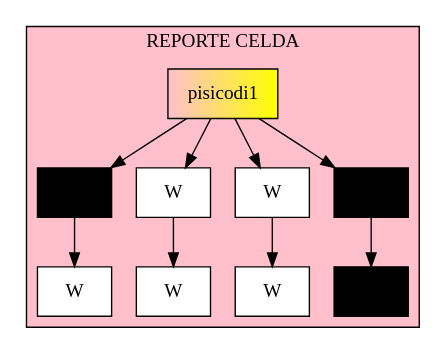
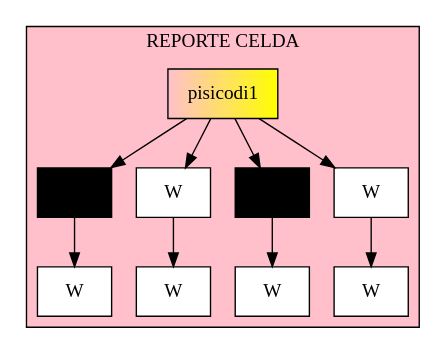
One commit to NatalyDuarte/IPC2_Proyecto1_202001570 changed the diagram in graficapatron.dot. Above: the diagram before and after it, drawn with Graphviz. The commit also changed 13 other files, not shown here.

```diff
--- a/graficapatron.dot
+++ b/graficapatron.dot
@@ -1,23 +1,23 @@
 digraph G {
 node[shape=box fillcolor="pink:yellow" style =filled]
  subgraph cluster_p{
             label= "REPORTE CELDA"
             bgcolor = "pink"nodoP[label="pisicodi1" shape="box"];
 name0[label="B" fillcolor="black" shape="box"];
 name1[label="W" fillcolor="white" shape="box"];
-name2[label="W" fillcolor="white" shape="box"];
-name3[label="B" fillcolor="black" shape="box"];
+name2[label="B" fillcolor="black" shape="box"];
+name3[label="W" fillcolor="white" shape="box"];
 name4[label="W" fillcolor="white" shape="box"];
 name5[label="W" fillcolor="white" shape="box"];
 name6[label="W" fillcolor="white" shape="box"];
-name7[label="B" fillcolor="black" shape="box"];
+name7[label="W" fillcolor="white" shape="box"];
 nodoP -> name0;
 nodoP -> name1;
 nodoP -> name2;
 nodoP -> name3;
 name0 -> name4;
 name1 -> name5;
 name2 -> name6;
 name3 -> name7;
 }
 }
```
